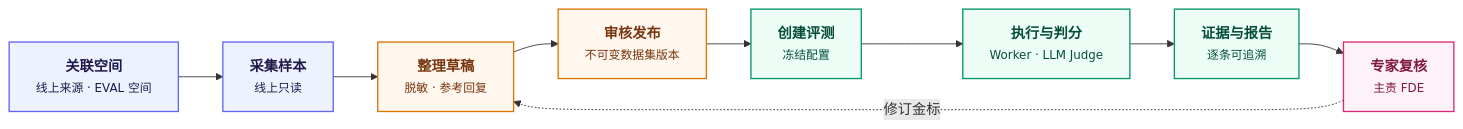
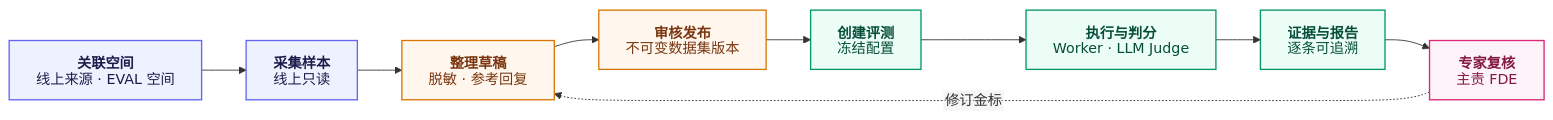
One commit to 3ChatAI-NCT/3chatai-chat-benchmark changed the first of 2 diagrams in README.md. Above: the diagram before and after it, drawn with Mermaid. The commit also changed other lines of this file, not shown here.

First line of the commit message:
Refine README diagrams and trim implementation details

````diff
--- a/README.md
+++ b/README.md
@@ -41,20 +41,34 @@
 ```mermaid
+---
+config:
+  htmlLabels: false
+  flowchart:
+    htmlLabels: false
+---
 flowchart LR
-    A["<b>关联空间</b><br/><small>线上来源 · EVAL 空间</small>"] --> B["<b>采集样本</b><br/><small>线上只读</small>"]
-    B --> C["<b>整理草稿</b><br/><small>脱敏 · 参考回复</small>"]
-    C --> D["<b>审核发布</b><br/><small>不可变数据集版本</small>"]
-    D --> E["<b>创建评测</b><br/><small>冻结配置</small>"]
-    E --> F["<b>执行与判分</b><br/><small>Worker · LLM Judge</small>"]
-    F --> G["<b>证据与报告</b><br/><small>逐条可追溯</small>"]
-    G --> H["<b>专家复核</b><br/><small>主责 FDE</small>"]
+    A["`**关联空间**
+    线上来源 · EVAL 空间`"] --> B["`**采集样本**
+    线上只读`"]
+    B --> C["`**整理草稿**
+    脱敏 · 参考回复`"]
+    C --> D["`**审核发布**
+    不可变数据集版本`"]
+    D --> E["`**创建评测**
+    冻结配置`"]
+    E --> F["`**执行与判分**
+    Worker · LLM Judge`"]
+    F --> G["`**证据与报告**
+    逐条可追溯`"]
+    G --> H["`**专家复核**
+    主责 FDE`"]
     H -.->|修订金标| C
 
     classDef prepare fill:#EEF2FF,stroke:#6366F1,stroke-width:1.5px,color:#1E1B4B
     classDef golden fill:#FFF7ED,stroke:#D97706,stroke-width:1.5px,color:#78350F
     classDef run fill:#ECFDF5,stroke:#059669,stroke-width:1.5px,color:#064E3B
     classDef review fill:#FDF2F8,stroke:#DB2777,stroke-width:1.5px,color:#831843
     class A,B prepare
     class C,D golden
     class E,F,G run
     class H review
 ```
````
